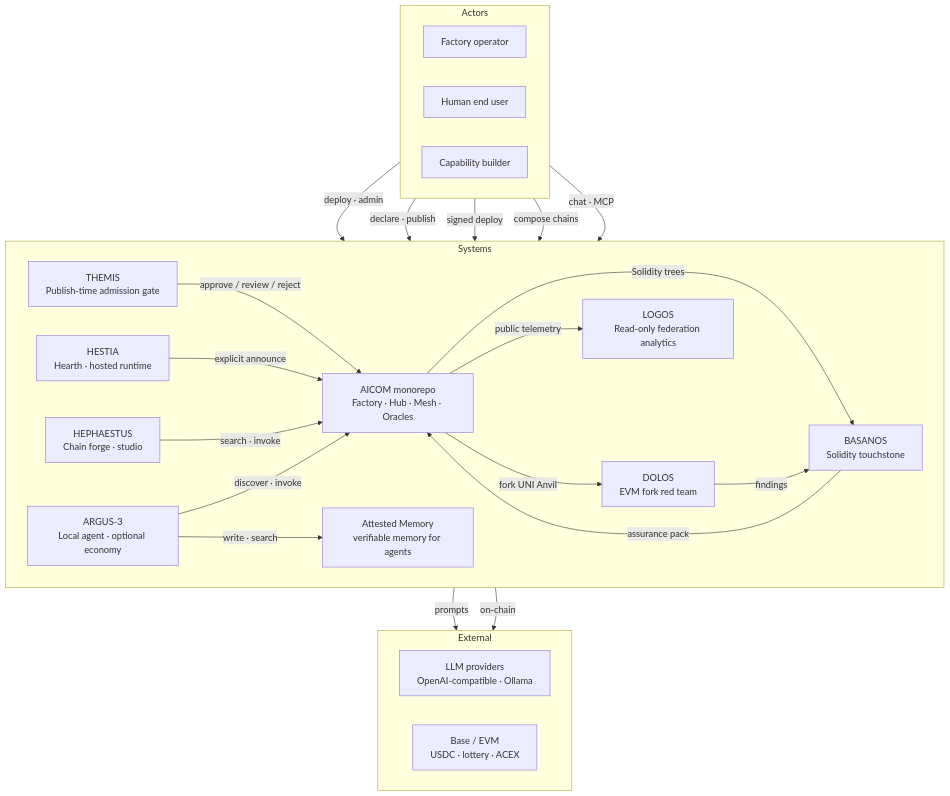
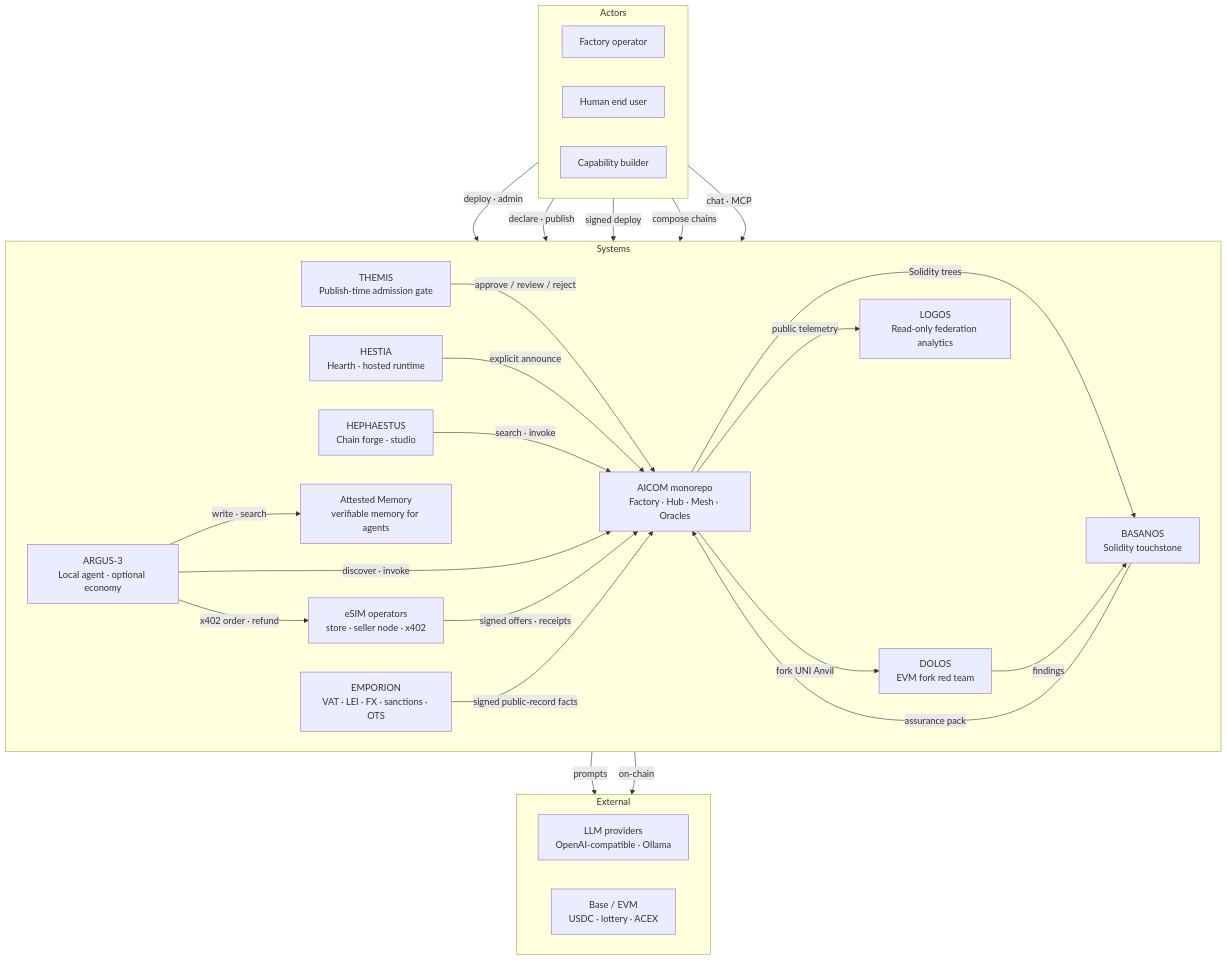
The second of 5 diagrams in docs/ecosystem/whitepaper/en.md (alexar76/aicom), drawn with Mermaid before and after one commit. The commit also changed other lines of this file and 496 other files, not shown here.

````diff
--- a/docs/ecosystem/whitepaper/en.md
+++ b/docs/ecosystem/whitepaper/en.md
@@ -150,46 +152,51 @@
 ```mermaid
 flowchart TB
   subgraph actors["Actors"]
     direction LR
     operator["Factory operator"]
     enduser["Human end user"]
     builder["Capability builder"]
   end
 
   subgraph systems["Systems"]
     direction LR
     aicom["AICOM monorepo<br/>Factory · Hub · Mesh · Oracles"]
     themis["THEMIS<br/>Publish-time admission gate"]
     hestia["HESTIA<br/>Hearth · hosted runtime"]
     basanos["BASANOS<br/>Solidity touchstone"]
     dolos["DOLOS<br/>EVM fork red team"]
     hephaestus["HEPHAESTUS<br/>Chain forge · studio"]
     logos["LOGOS<br/>Read-only federation analytics"]
     argus["ARGUS-3<br/>Local agent · optional economy"]
     memory["Attested Memory<br/>verifiable memory for agents"]
+    esim["eSIM operators<br/>store · seller node · x402"]
+    emporion["EMPORION<br/>VAT · LEI · FX · sanctions · OTS"]
   end
 
   subgraph external["External"]
     direction LR
     llm["LLM providers<br/>OpenAI-compatible · Ollama"]
     chain["Base / EVM<br/>USDC · lottery · ACEX"]
   end
 
   operator -->|deploy · admin| aicom
   builder -->|declare · publish| themis
   themis -->|"approve / review / reject"| aicom
   builder -->|signed deploy| hestia
   hestia -->|explicit announce| aicom
   enduser -->|compose chains| hephaestus
   hephaestus -->|search · invoke| aicom
   aicom -->|Solidity trees| basanos
   basanos -->|assurance pack| aicom
   aicom -->|fork UNI Anvil| dolos
   dolos -->|findings| basanos
   enduser -->|chat · MCP| argus
   argus -->|discover · invoke| aicom
   argus -->|write · search| memory
+  argus -->|x402 order · refund| esim
+  esim -->|signed offers · receipts| aicom
+  emporion -->|signed public-record facts| aicom
   aicom -->|public telemetry| logos
   aicom -->|prompts| llm
   aicom -->|on-chain| chain
 ```
````
